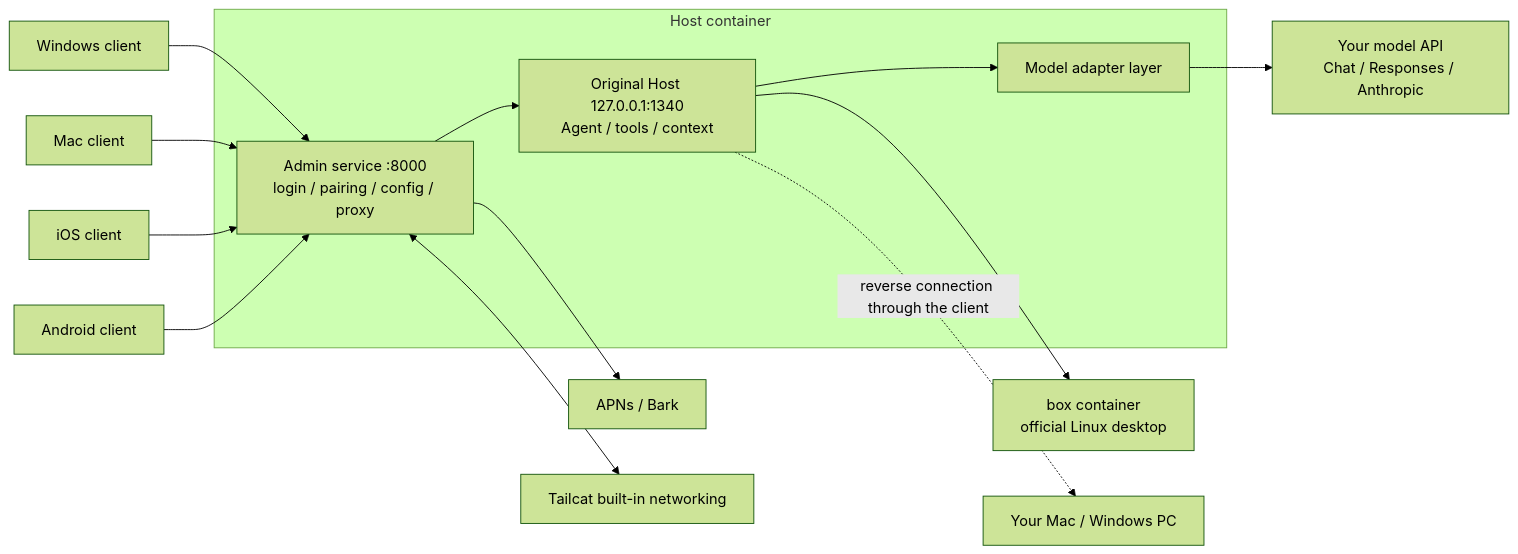
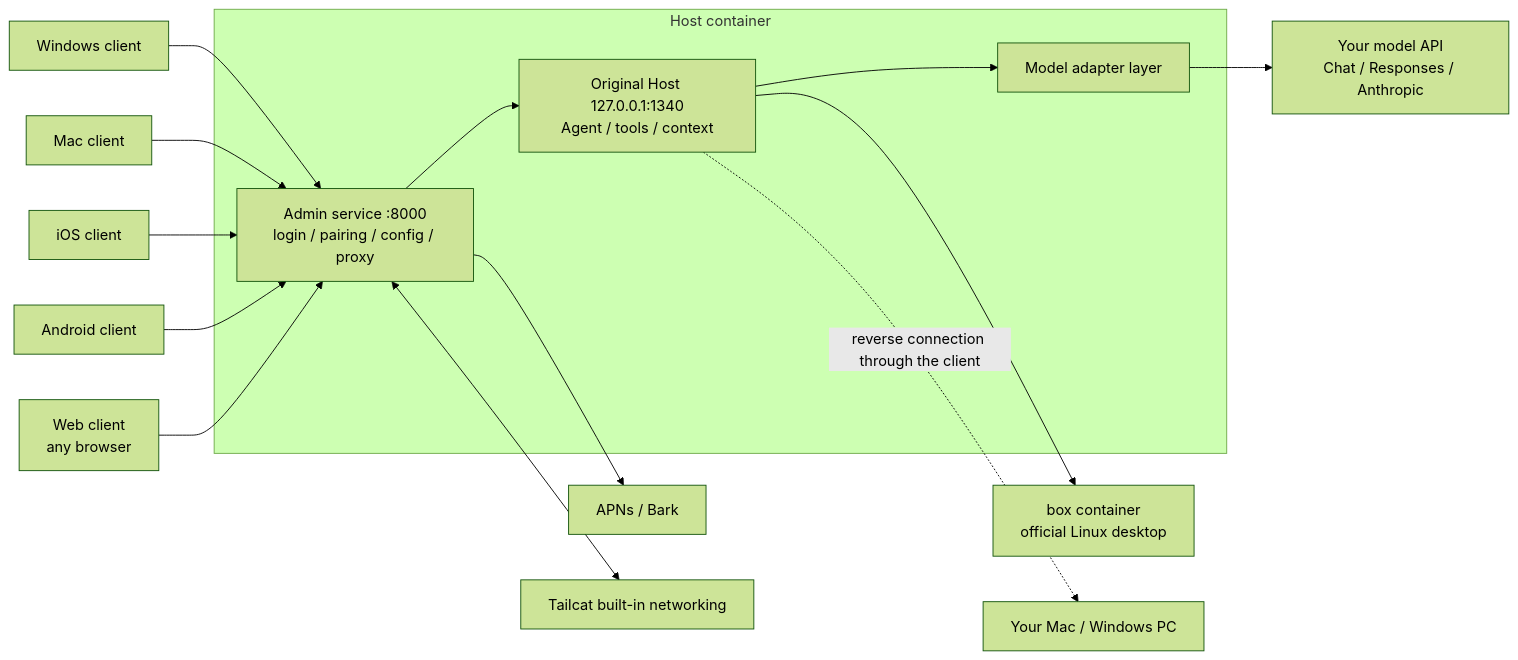
The diagram in docs/ARCHITECTURE.en.md (RyanLu99/prokbot-plus), drawn with Mermaid (forest theme) before and after one commit. The commit also changed other lines of this file and 52 other files, not shown here.

First line of the commit message:
Release 1.5.0: web client

````diff
--- a/docs/ARCHITECTURE.en.md
+++ b/docs/ARCHITECTURE.en.md
@@ -17,16 +17,17 @@
 ```mermaid
 flowchart LR
   Win[Windows client] --> Admin
   Mac[Mac client] --> Admin
   iOS[iOS client] --> Admin
   And[Android client] --> Admin
+  Web[Web client<br/>any browser] --> Admin
   subgraph Host container
     Admin[Admin service :8000<br/>login / pairing / config / proxy] --> Core[Original Host 127.0.0.1:1340<br/>Agent / tools / context]
     Core --> Adapter[Model adapter layer]
   end
   Adapter --> Model[Your model API<br/>Chat / Responses / Anthropic]
   Core --> Box[box container<br/>official Linux desktop]
   Core -.reverse connection through the client.-> PC[Your Mac / Windows PC]
   Admin --> Push[APNs / Bark]
   Admin <--> Tailcat[Tailcat built-in networking]
 ```
````
